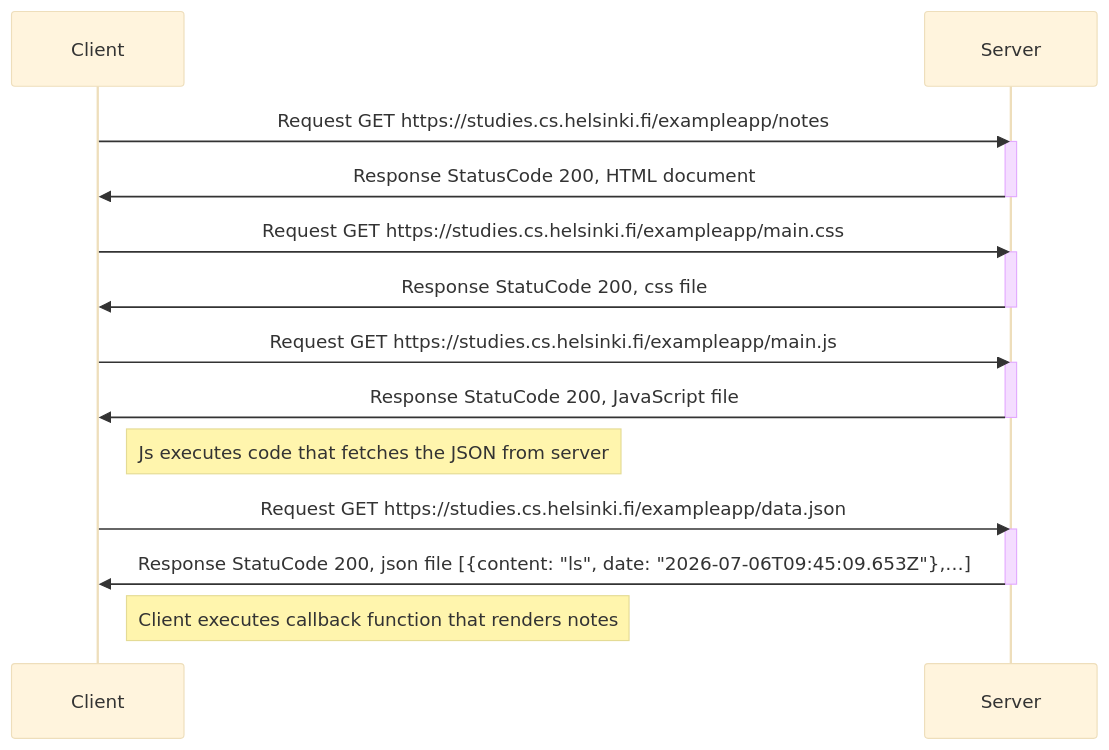
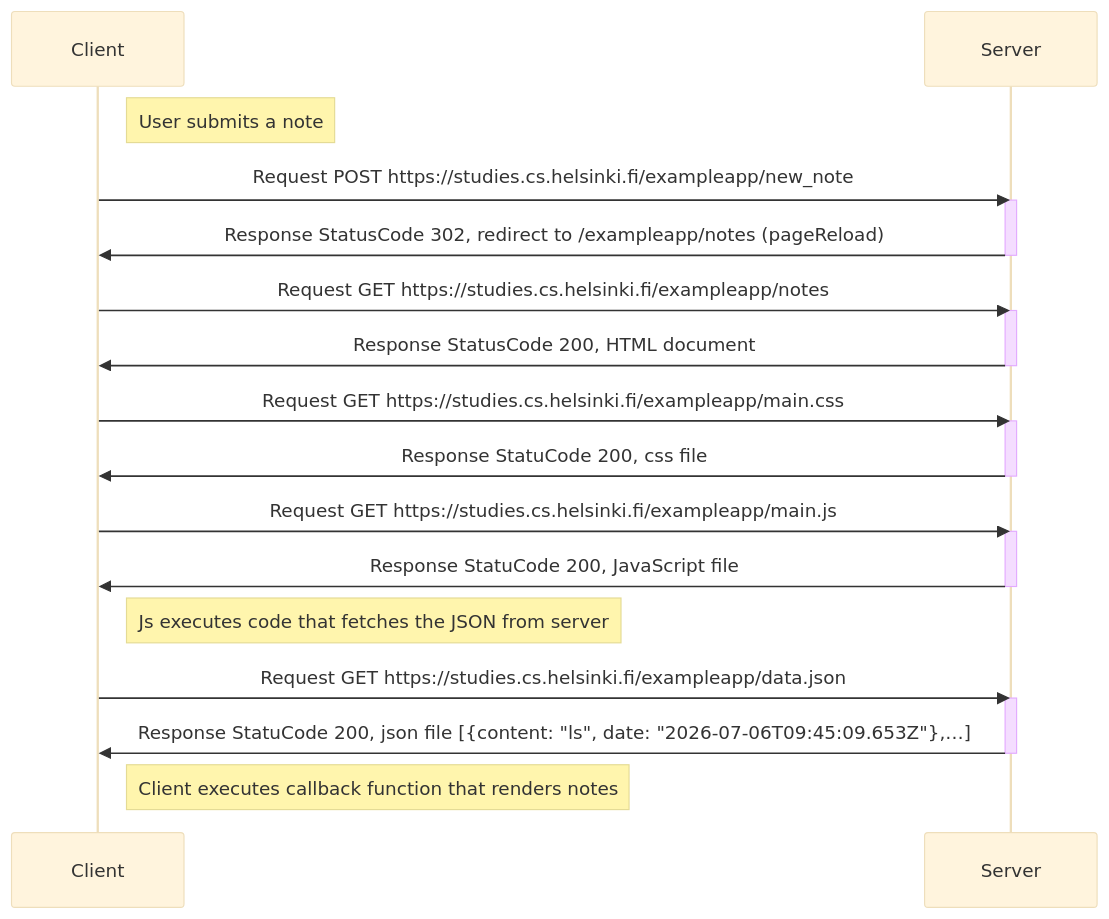
One commit to ash4rkk/FSHS changed the diagram in part0/0.4 New note diagram.md. Above: the diagram before and after it, drawn with Mermaid (base theme).

Commit message:
Add sequence diagram for note submission
Added a sequence diagram illustrating the note submission process.

````diff
--- a/part0/0.4 New note diagram.md
+++ b/part0/0.4 New note diagram.md
@@ -1,28 +1,34 @@
 ```mermaid
 sequenceDiagram
+    Note right of Client: User submits a note
+    Client->>Server: Request POST https://studies.cs.helsinki.fi/exampleapp/new_note
+    activate Server
+    Server->>Client: Response StatusCode 302, redirect to /exampleapp/notes (pageReload)
+    deactivate Server
+
     Client->>Server: Request GET https://studies.cs.helsinki.fi/exampleapp/notes
     activate Server
     Server->>Client: Response StatusCode 200, HTML document
     deactivate Server
 
     Client->>Server: Request GET https://studies.cs.helsinki.fi/exampleapp/main.css
     activate Server
     Server->>Client: Response StatuCode 200, css file
     deactivate Server
 
     Client->>Server: Request GET https://studies.cs.helsinki.fi/exampleapp/main.js
     activate Server
     Server->>Client: Response StatuCode 200, JavaScript file
     deactivate Server
 
     Note right of Client: Js executes code that fetches the JSON from server
 
     Client->>Server: Request GET https://studies.cs.helsinki.fi/exampleapp/data.json
     activate Server
     Server->>Client: Response StatuCode 200, json file [{content: "ls", date: "2026-07-06T09:45:09.653Z"},…]
     deactivate Server
 
     Note right of Client: Client executes callback function that renders notes
 
 
 ```
````
